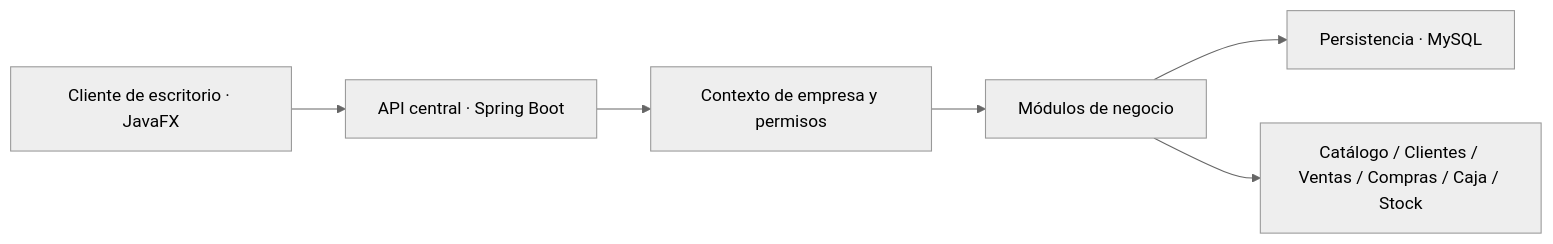
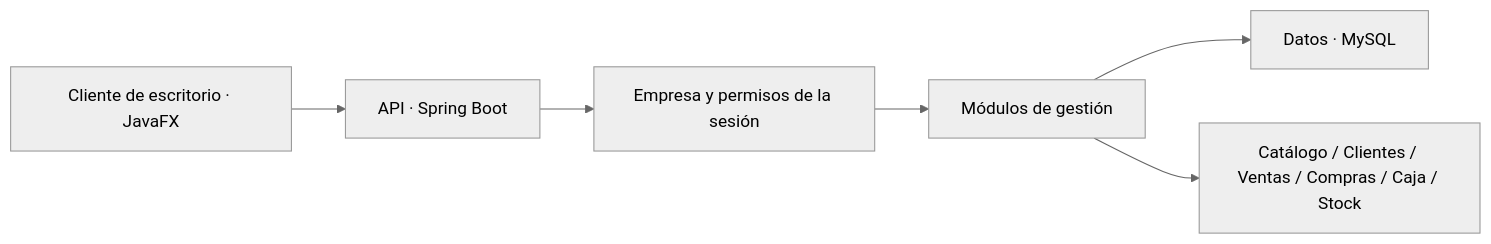
The diagram in docs/arquitectura.md (IngeniaSoftwareok/caso-gestion-multimodulo), drawn with Mermaid (neutral theme) before and after one commit. The commit also changed other lines of this file and 7 other files, not shown here.

````diff
--- a/docs/arquitectura.md
+++ b/docs/arquitectura.md
@@ -5,8 +5,8 @@
 ```mermaid
 flowchart LR
-  D["Cliente de escritorio · JavaFX"] --> A["API central · Spring Boot"]
-  A --> C["Contexto de empresa y permisos"]
-  C --> V["Módulos de negocio"]
-  V --> M["Persistencia · MySQL"]
+  D["Cliente de escritorio · JavaFX"] --> A["API · Spring Boot"]
+  A --> C["Empresa y permisos de la sesión"]
+  C --> V["Módulos de gestión"]
+  V --> M["Datos · MySQL"]
   V --> X["Catálogo / Clientes / Ventas / Compras / Caja / Stock"]
 ```
````
